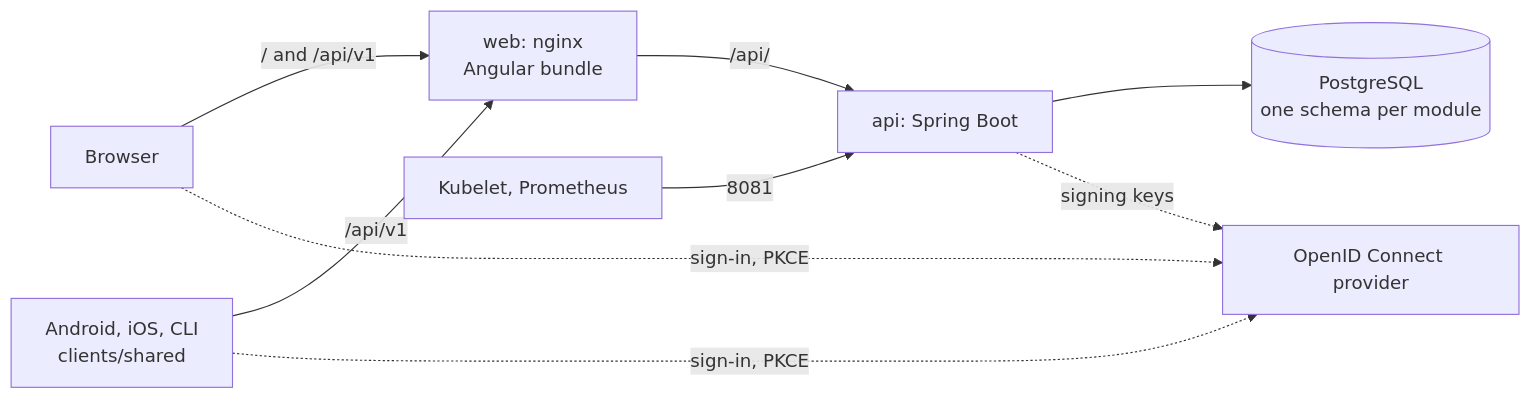
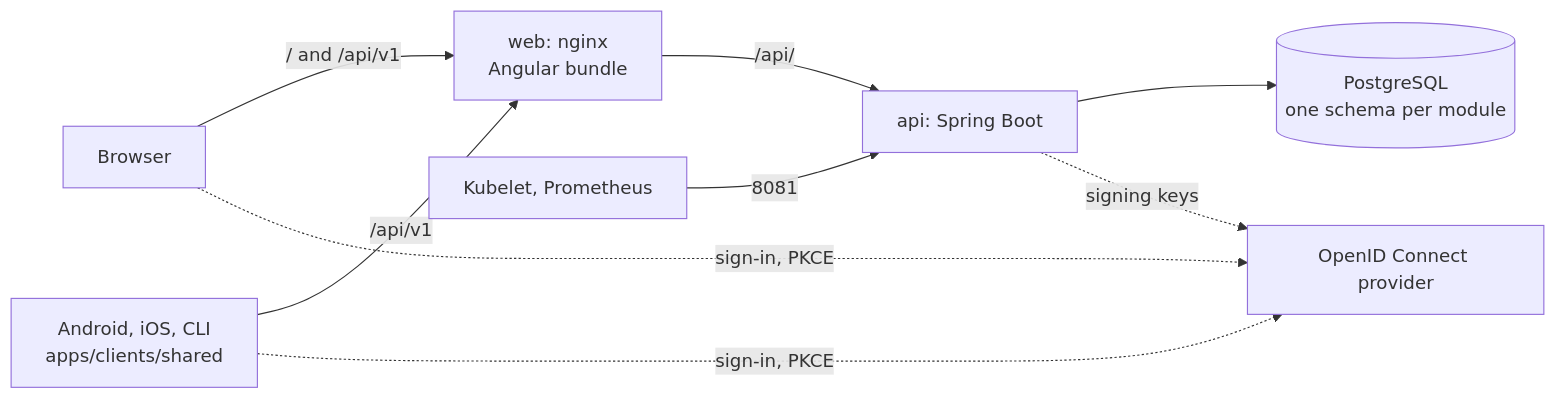
The diagram in docs/architecture/overview.md (ylepalud/skeleton-apps), drawn with Mermaid before and after one commit. The commit also changed other lines of this file and 237 other files, not shown here.

````diff
--- a/docs/architecture/overview.md
+++ b/docs/architecture/overview.md
@@ -5,11 +5,11 @@
 ```mermaid
 flowchart LR
   browser[Browser] -->|/ and /api/v1| web[web: nginx<br/>Angular bundle]
-  native[Android, iOS, CLI<br/>clients/shared] -->|/api/v1| web
+  native[Android, iOS, CLI<br/>apps/clients/shared] -->|/api/v1| web
   web -->|/api/| api[api: Spring Boot]
   api --> db[(PostgreSQL<br/>one schema per module)]
   browser -.->|sign-in, PKCE| idp[OpenID Connect provider]
   native -.->|sign-in, PKCE| idp
   api -.->|signing keys| idp
   probes[Kubelet, Prometheus] -->|8081| api
 ```
````
